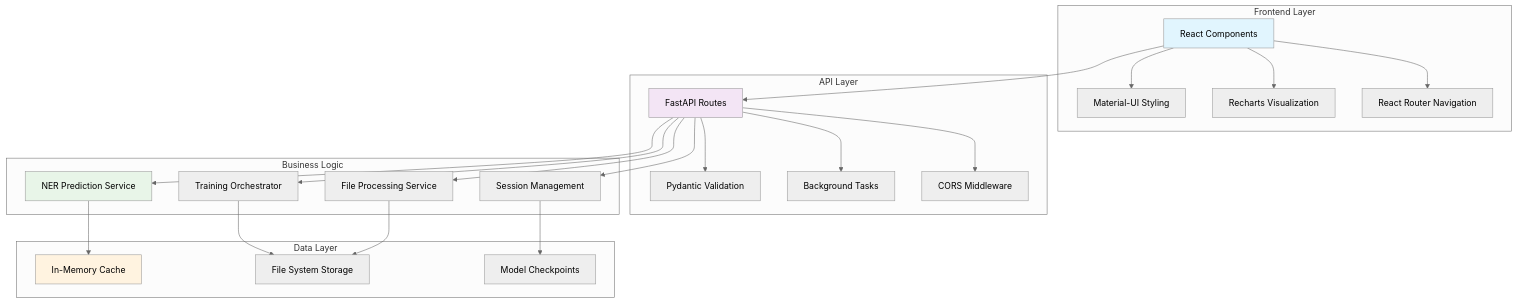
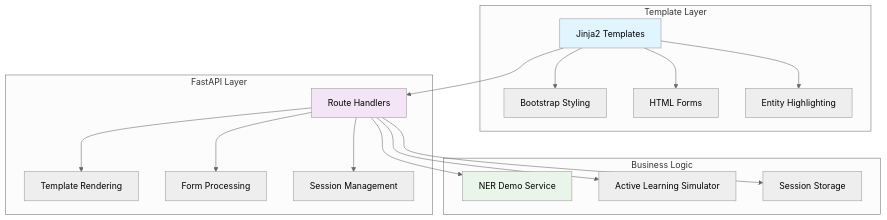
Before and after one commit to Ismat-Samadov/nobel_prize_winners: the sixth of 7 diagrams in README.md, drawn with Mermaid (neutral theme). The commit also changed other lines of this file, not shown here.

````diff
--- a/README.md
+++ b/README.md
@@ -278,42 +256,29 @@
 ```mermaid
 graph TB
-    subgraph "Frontend Layer"
-        A[React Components] --> B[Material-UI Styling]
-        A --> C[Recharts Visualization]
-        A --> D[React Router Navigation]
+    subgraph "Template Layer"
+        A[Jinja2 Templates] --> B[Bootstrap Styling]
+        A --> C[HTML Forms]
+        A --> D[Entity Highlighting]
     end
     
-    subgraph "API Layer"
-        E[FastAPI Routes] --> F[Pydantic Validation]
-        E --> G[Background Tasks]
-        E --> H[CORS Middleware]
+    subgraph "FastAPI Layer"
+        E[Route Handlers] --> F[Template Rendering]
+        E --> G[Form Processing]
+        E --> H[Session Management]
     end
     
     subgraph "Business Logic"
-        I[NER Prediction Service]
-        J[Training Orchestrator]
-        K[File Processing Service]
-        L[Session Management]
-    end
-    
-    subgraph "Data Layer"
-        M[In-Memory Cache]
-        N[File System Storage]
-        O[Model Checkpoints]
+        I[NER Demo Service]
+        J[Active Learning Simulator]
+        K[Session Storage]
     end
     
     A --> E
     E --> I
     E --> J
     E --> K
-    E --> L
-    I --> M
-    J --> N
-    K --> N
-    L --> O
     
     style A fill:#e1f5fe
     style E fill:#f3e5f5
     style I fill:#e8f5e8
-    style M fill:#fff3e0
 ```
````
